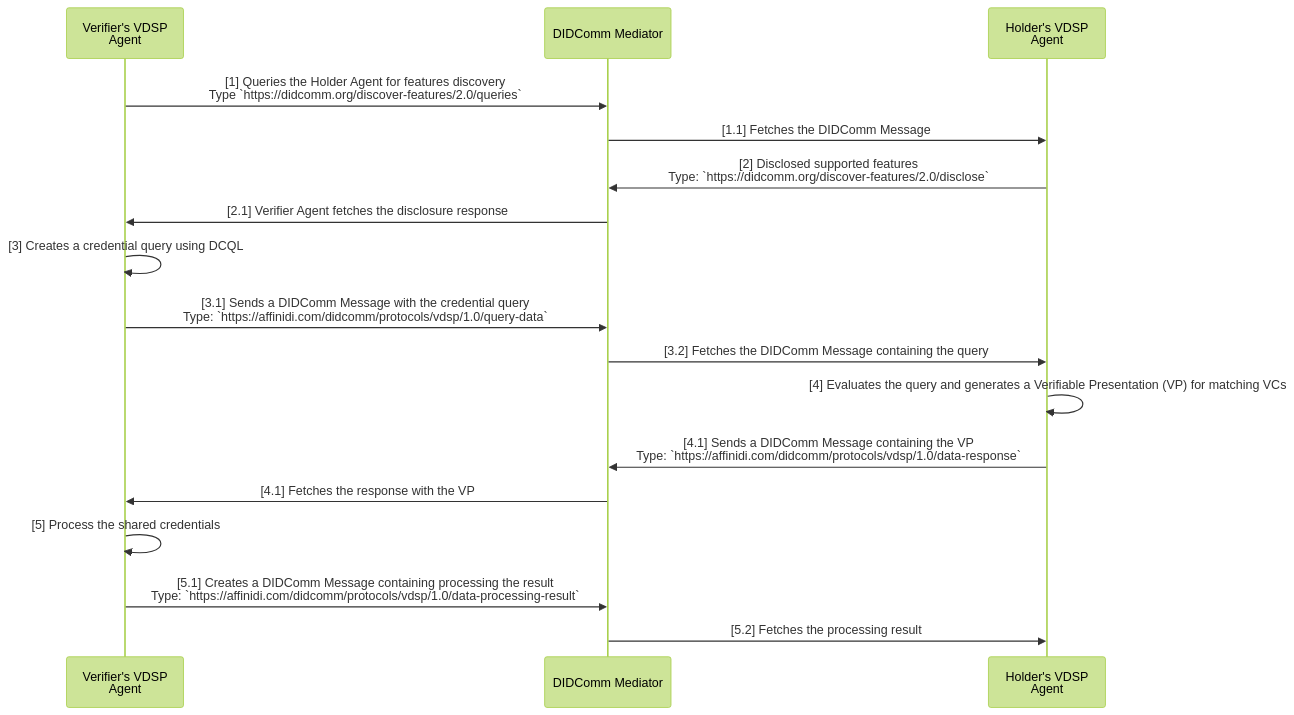
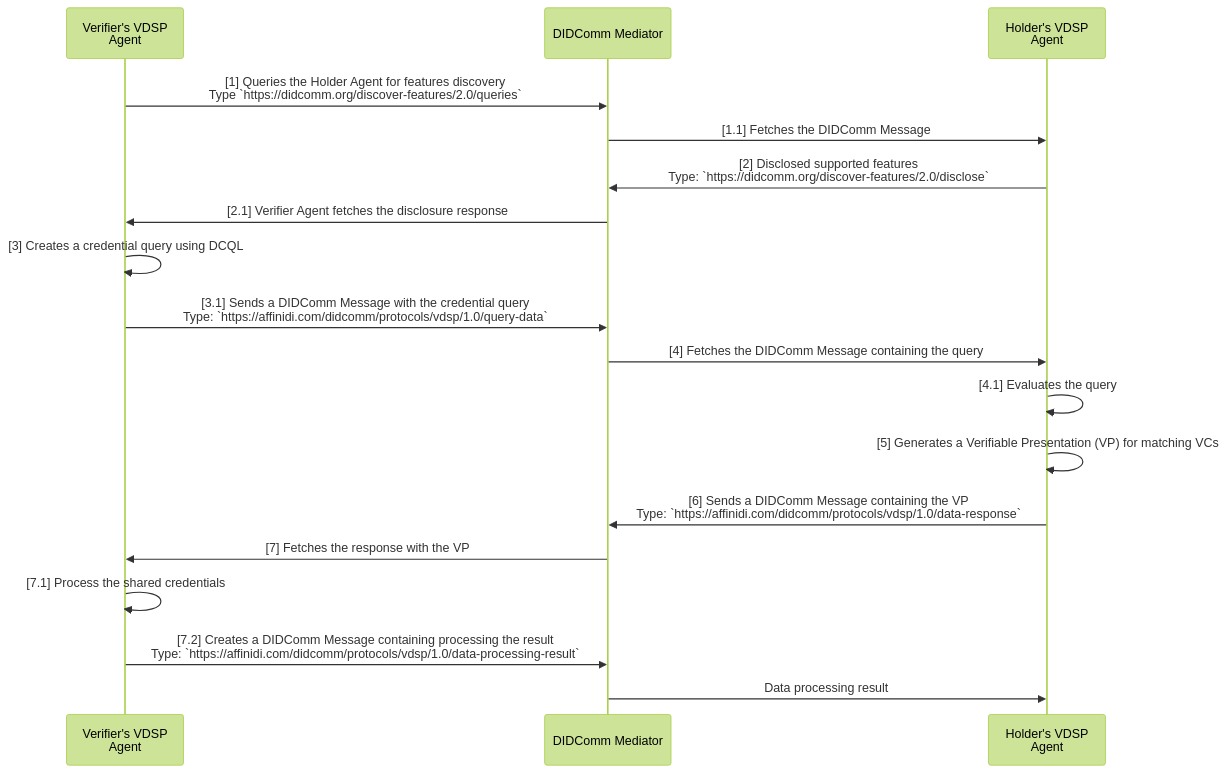
The diagram in libs/dart/didcomm/vdsp/PROTOCOLS.md (affinidi/affinidi-tdk), drawn with Mermaid (forest theme) before and after one commit. The commit also changed other lines of this file and 1 other file, not shown here.

Commit message:
docs: updated protocol documents for VDIP/VDSP

````diff
--- a/libs/dart/didcomm/vdsp/PROTOCOLS.md
+++ b/libs/dart/didcomm/vdsp/PROTOCOLS.md
@@ -58,21 +58,22 @@
 ```mermaid
 sequenceDiagram
     participant VVDSP as Verifier's VDSP<br />Agent
     participant DM as DIDComm Mediator
     participant HVDSP as Holder's VDSP<br />Agent
     
     VVDSP->>DM: [1] Queries the Holder Agent for features discovery<br />Type `https://didcomm.org/discover-features/2.0/queries`
     DM->>HVDSP: [1.1] Fetches the DIDComm Message
     HVDSP->>DM: [2] Disclosed supported features<br />Type: `https://didcomm.org/discover-features/2.0/disclose`
     DM->>VVDSP: [2.1] Verifier Agent fetches the disclosure response
     VVDSP->>VVDSP: [3] Creates a credential query using DCQL
     VVDSP->>DM: [3.1] Sends a DIDComm Message with the credential query<br />Type: `https://affinidi.com/didcomm/protocols/vdsp/1.0/query-data`
-    DM->>HVDSP: [3.2] Fetches the DIDComm Message containing the query
-    HVDSP->>HVDSP: [4] Evaluates the query and generates a Verifiable Presentation (VP) for matching VCs
-    HVDSP->>DM: [4.1] Sends a DIDComm Message containing the VP<br />Type: `https://affinidi.com/didcomm/protocols/vdsp/1.0/data-response`
-    DM->>VVDSP: [4.1] Fetches the response with the VP
-    VVDSP->>VVDSP: [5] Process the shared credentials
-    VVDSP->>DM: [5.1] Creates a DIDComm Message containing processing the result<br />Type: `https://affinidi.com/didcomm/protocols/vdsp/1.0/data-processing-result`
-    DM->>HVDSP: [5.2] Fetches the processing result
+    DM->>HVDSP: [4] Fetches the DIDComm Message containing the query
+    HVDSP->>HVDSP: [4.1] Evaluates the query
+    HVDSP->>HVDSP: [5] Generates a Verifiable Presentation (VP) for matching VCs
+    HVDSP->>DM: [6] Sends a DIDComm Message containing the VP<br />Type: `https://affinidi.com/didcomm/protocols/vdsp/1.0/data-response`
+    DM->>VVDSP: [7] Fetches the response with the VP
+    VVDSP->>VVDSP: [7.1] Process the shared credentials
+    VVDSP->>DM: [7.2] Creates a DIDComm Message containing processing the result<br />Type: `https://affinidi.com/didcomm/protocols/vdsp/1.0/data-processing-result`
+    DM->>HVDSP: Data processing result
 
 ```
````
